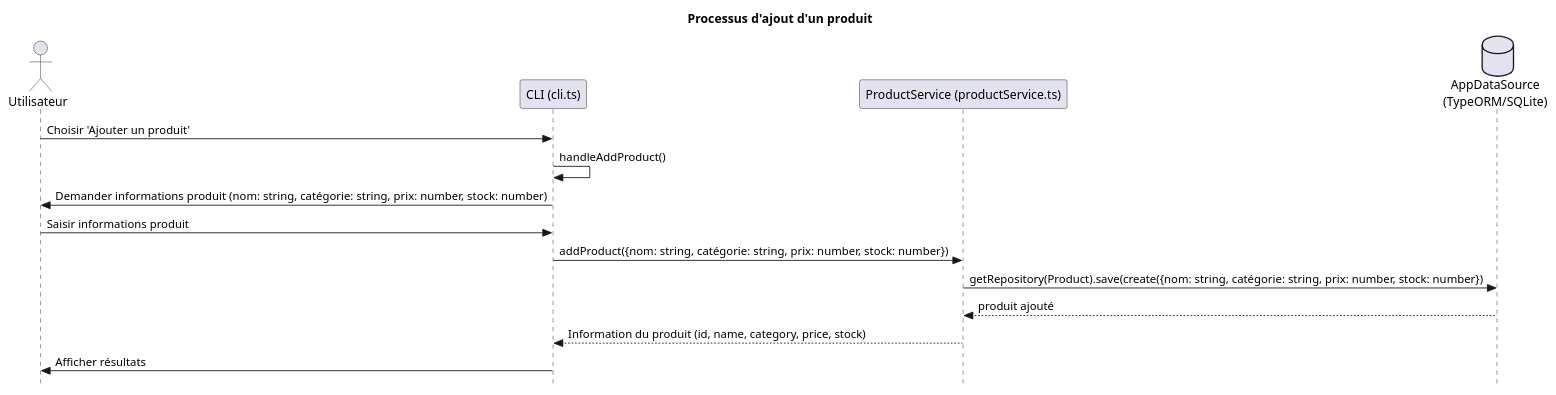
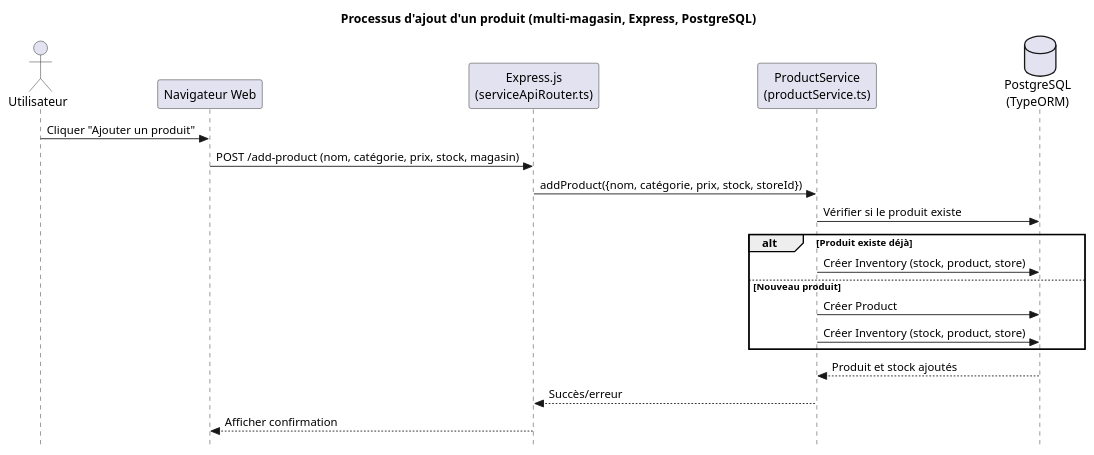
One commit to RaphaelMailhiot/LOG430-labo changed the diagram in docs/process/add-product.puml. Above: the diagram before and after it, drawn with PlantUML. The commit also changed 23 other files, not shown here.

Commit message:
Add Dashboard + Update UML

```diff
--- a/docs/process/add-product.puml
+++ b/docs/process/add-product.puml
@@ -1,21 +1,27 @@
 @startuml
 
 skinparam style strictuml
 
-title Processus d'ajout d'un produit
+title Processus d'ajout d'un produit (multi-magasin, Express, PostgreSQL)
+
 actor Utilisateur
-participant "CLI (cli.ts)" as CLI
-participant "ProductService (productService.ts)" as ProductService
-database "AppDataSource\n(TypeORM/SQLite)" as Database
+participant "Navigateur Web" as Web
+participant "Express.js\n(serviceApiRouter.ts)" as Express
+participant "ProductService\n(productService.ts)" as ProductService
+database "PostgreSQL\n(TypeORM)" as Database
 
-Utilisateur -> CLI : Choisir 'Ajouter un produit'
-CLI -> CLI : handleAddProduct()
-CLI -> Utilisateur : Demander informations produit (nom: string, catégorie: string, prix: number, stock: number)
-Utilisateur -> CLI : Saisir informations produit
-CLI -> ProductService : addProduct({nom: string, catégorie: string, prix: number, stock: number})
-ProductService -> Database : getRepository(Product).save(create({nom: string, catégorie: string, prix: number, stock: number})
-Database --> ProductService : produit ajouté
-ProductService --> CLI : Information du produit (id, name, category, price, stock)
-CLI -> Utilisateur : Afficher résultats
+Utilisateur -> Web : Cliquer "Ajouter un produit"
+Web -> Express : POST /add-product (nom, catégorie, prix, stock, magasin)
+Express -> ProductService : addProduct({nom, catégorie, prix, stock, storeId})
+ProductService -> Database : Vérifier si le produit existe
+alt Produit existe déjà
+    ProductService -> Database : Créer Inventory (stock, product, store)
+else Nouveau produit
+    ProductService -> Database : Créer Product
+    ProductService -> Database : Créer Inventory (stock, product, store)
+end
+Database --> ProductService : Produit et stock ajoutés
+ProductService --> Express : Succès/erreur
+Express --> Web : Afficher confirmation
 
 @enduml
```
